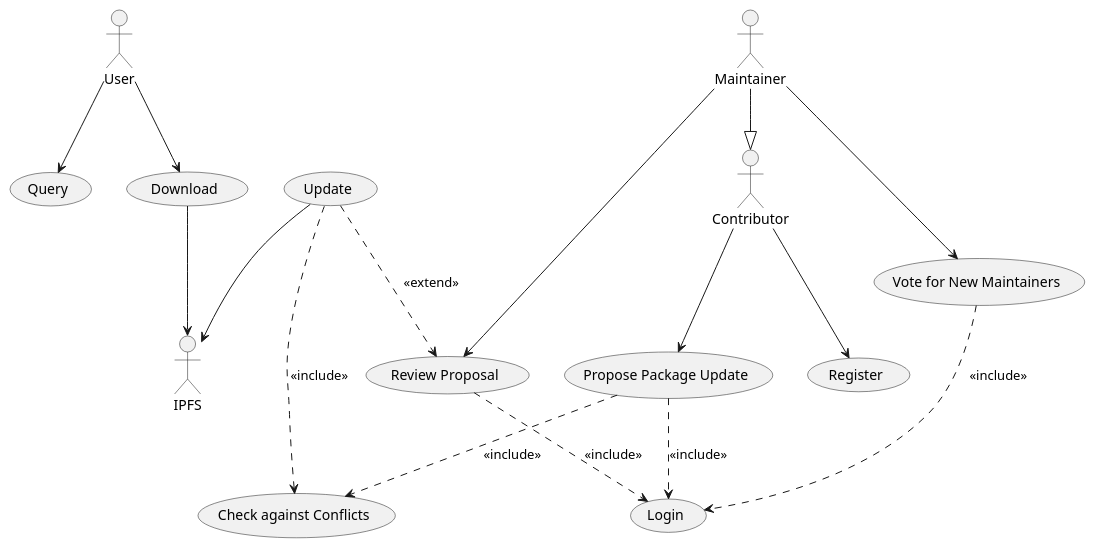
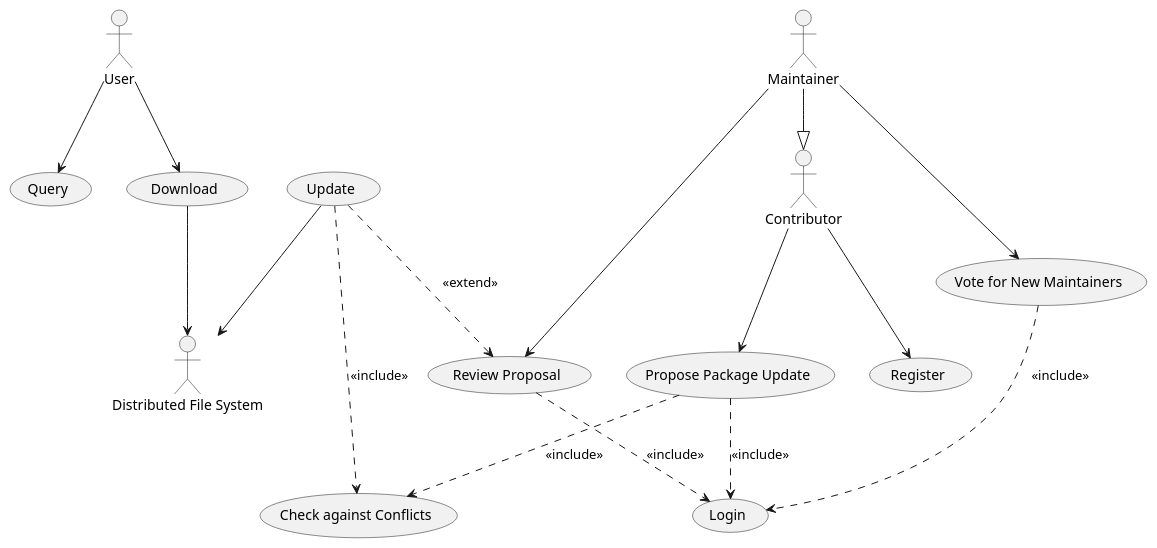
Before and after one commit to McSinyx/ipppi: the diagram in docs/source/requirements/use-case-model.rst, drawn with PlantUML. The commit also changed 2 other files, not shown here.

Commit message:
State problem

```diff
--- a/docs/source/requirements/use-case-model.rst
+++ b/docs/source/requirements/use-case-model.rst
@@ -4,39 +4,39 @@
 .. uml::
 
    actor User
    actor Contributor
    actor Maintainer
-   actor IPFS
+   actor "Distributed File System" as IPFS
 
    usecase Download
    usecase Query
 
    usecase Register
    usecase Login
    usecase "Vote for New Maintainers" as Vote
 
    usecase "Propose Package Update" as Propose
    usecase "Check against Conflicts" as Check
    usecase "Review Proposal" as Review
    usecase Update
 
    User --> Query
    User --> Download
    Download --> IPFS
 
    Maintainer --> Vote
    Vote ..> Login : <<include>>
 
    Maintainer --|> Contributor
    Contributor --> Register
 
    Contributor --> Propose
    Propose ..> Login : <<include>>
    Propose ..> Check : <<include>>
 
    Maintainer --> Review
    Review ..> Login : <<include>>
 
    Update ..> Review : <<extend>>
    Update ..> Check : <<include>>
    Update --> IPFS
```
